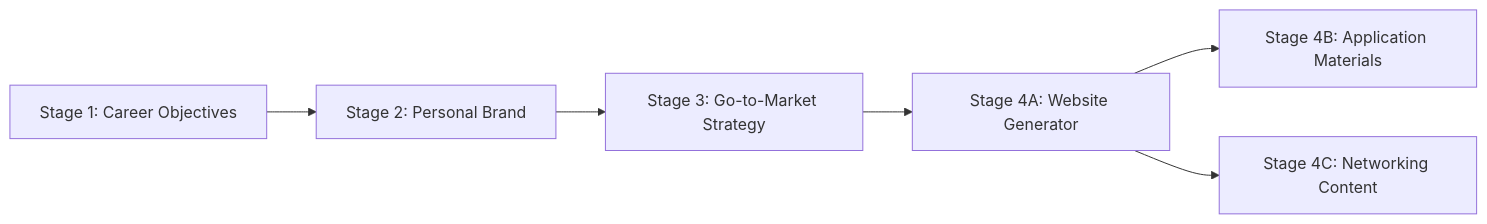
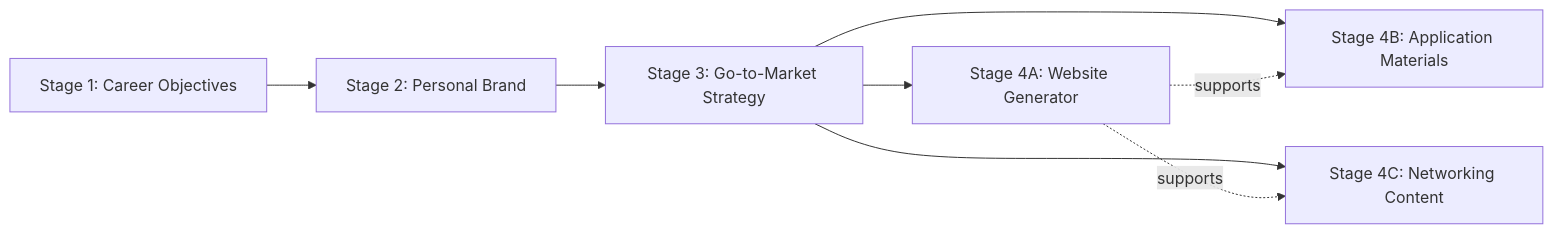
One commit to Modular-Earth-LLC/job-finding-assistant changed the first of 2 diagrams in utility_prompts/improve_job_finding_workflow.user.prompt.md. Above: the diagram before and after it, drawn with Mermaid. The commit also changed other lines of this file and 4 other files, not shown here.

````diff
--- a/utility_prompts/improve_job_finding_workflow.user.prompt.md
+++ b/utility_prompts/improve_job_finding_workflow.user.prompt.md
@@ -56,8 +99,10 @@
 ```mermaid
 graph LR
     A[Stage 1: Career Objectives] --> B[Stage 2: Personal Brand]
     B --> C[Stage 3: Go-to-Market Strategy]
     C --> D[Stage 4A: Website Generator]
-    D --> E[Stage 4B: Application Materials]
-    D --> F[Stage 4C: Networking Content]
+    C --> E[Stage 4B: Application Materials]
+    C --> F[Stage 4C: Networking Content]
+    D -.supports.-> E
+    D -.supports.-> F
 ```
````
